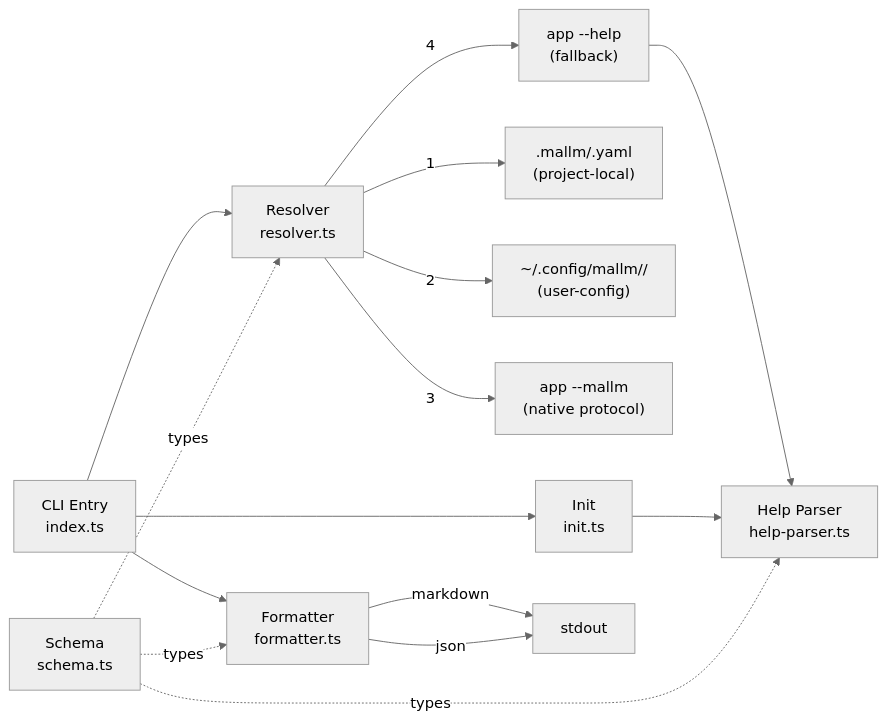
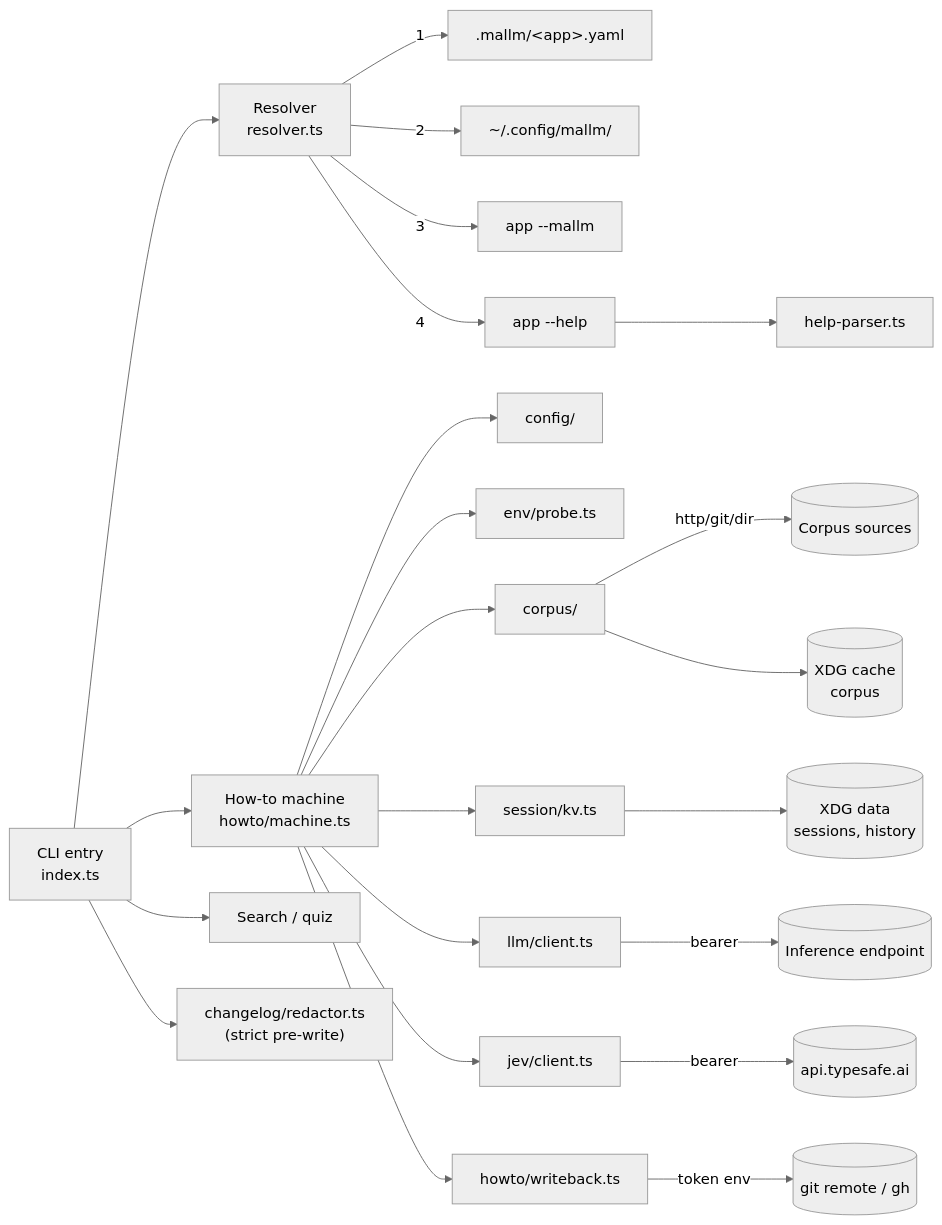
One commit to the-robot-lives/mallm changed the diagram in docs/PROJ-ARCH.md. Above: the diagram before and after it, drawn with Mermaid (neutral theme). The commit also changed other lines of this file and 8 other files, not shown here.

First line of the commit message:
docs: doc-sweep 2026-10-26 (layout/arch/schema/threat-model)

````diff
--- a/docs/PROJ-ARCH.md
+++ b/docs/PROJ-ARCH.md
@@ -11,21 +19,29 @@
 ```mermaid
 graph LR
-    CLI[CLI Entry<br/>index.ts] --> R[Resolver<br/>resolver.ts]
-    CLI --> I[Init<br/>init.ts]
-    CLI --> F[Formatter<br/>formatter.ts]
+    CLI["CLI entry<br/>index.ts"] --> R["Resolver<br/>resolver.ts"]
+    CLI --> HT["How-to machine<br/>howto/machine.ts"]
+    CLI --> SR["Search / quiz"]
 
-    R -->|1| PL[".mallm/<app>.yaml<br/>(project-local)"]
-    R -->|2| UC["~/.config/mallm/<app>/<br/>(user-config)"]
-    R -->|3| N["app --mallm<br/>(native protocol)"]
-    R -->|4| HF["app --help<br/>(fallback)"]
+    R -->|1| PL[".mallm/&lt;app&gt;.yaml"]
+    R -->|2| UC["~/.config/mallm/"]
+    R -->|3| N["app --mallm"]
+    R -->|4| HF["app --help"]
+    HF --> HP["help-parser.ts"]
 
-    HF --> HP[Help Parser<br/>help-parser.ts]
-    I --> HP
+    HT --> CFG["config/"]
+    HT --> ENV["env/probe.ts"]
+    HT --> COR["corpus/"]
+    HT --> KV["session/kv.ts"]
+    HT --> LLM["llm/client.ts"]
+    HT --> JEV["jev/client.ts"]
+    HT --> WB["howto/writeback.ts"]
 
-    F -->|markdown| STDOUT[stdout]
-    F -->|json| STDOUT
+    COR -->|http/git/dir| EXT[("Corpus sources")]
+    LLM -->|bearer| LLME[("Inference endpoint")]
+    JEV -->|bearer| JEVAPI[("api.typesafe.ai")]
+    WB -->|token env| GH[("git remote / gh")]
 
-    S[Schema<br/>schema.ts] -.->|types| R
-    S -.->|types| F
-    S -.->|types| HP
+    KV --> ST[("XDG data<br/>sessions, history")]
+    COR --> CA[("XDG cache<br/>corpus")]
+    CLI --> HIST["changelog/redactor.ts<br/>(strict pre-write)"]
 ```
````
